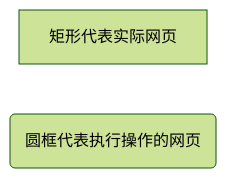
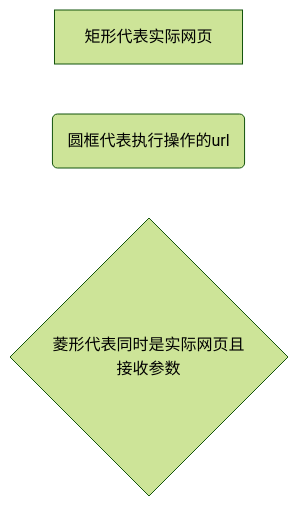
The first of 5 diagrams in 设计.md (LingrenKong/DB_project), drawn with Mermaid (forest theme) before and after one commit. The commit also changed other lines of this file and 10 other files, not shown here.

````diff
--- a/设计.md
+++ b/设计.md
@@ -155,5 +155,6 @@
 ```mermaid
 graph LR
 	A[矩形代表实际网页]
-	B(圆框代表执行操作的网页)
+	B(圆框代表执行操作的url)
+	C{菱形代表同时是实际网页且接收参数}
 ```
````
